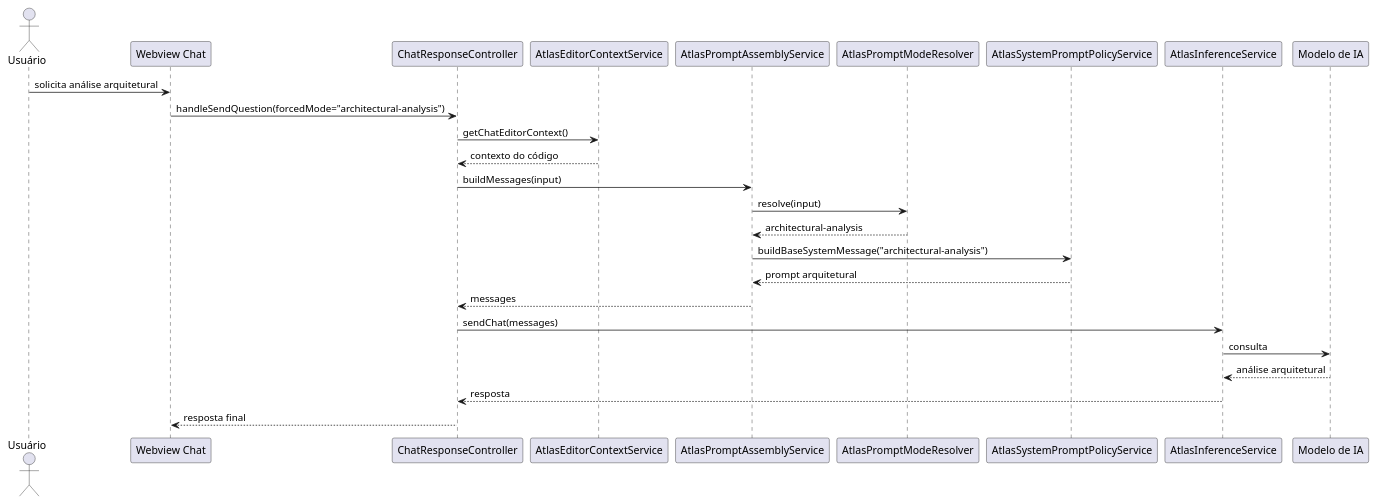
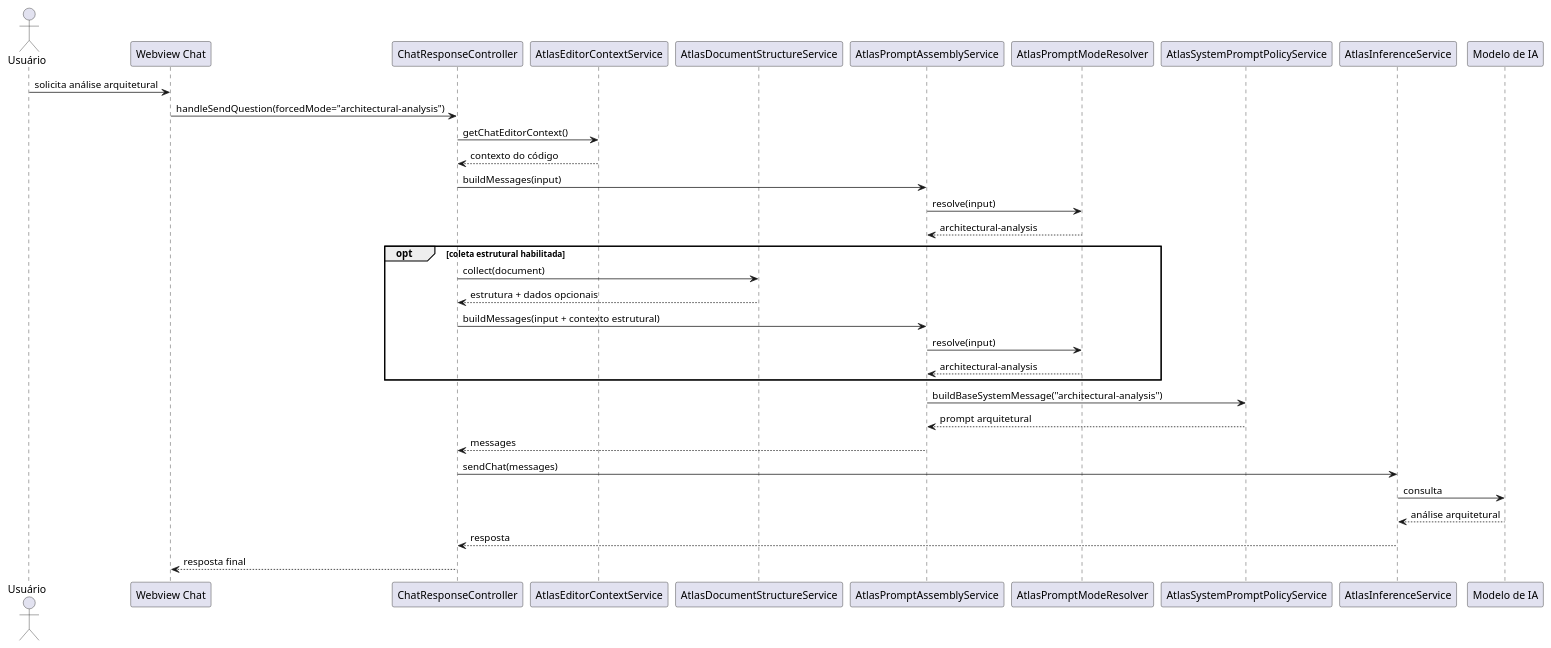
The sixth of 40 diagrams in docs/plantuml-diagramas-por-caso-de-uso-atlas.md (JVictorVI/ATLAS), drawn with PlantUML before and after one commit. The commit also changed other lines of this file and 2 other files, not shown here.

````diff
--- a/docs/plantuml-diagramas-por-caso-de-uso-atlas.md
+++ b/docs/plantuml-diagramas-por-caso-de-uso-atlas.md
@@ -224,30 +284,38 @@
 ```plantuml
 @startuml
 skinparam shadowing false
 actor Usuário
 participant "Webview Chat" as Webview
 participant ChatResponseController as Response
 participant AtlasEditorContextService as EditorContext
+participant AtlasDocumentStructureService as Structure
 participant AtlasPromptAssemblyService as Prompt
 participant AtlasPromptModeResolver as Resolver
 participant AtlasSystemPromptPolicyService as Policy
 participant AtlasInferenceService as Inference
 participant "Modelo de IA" as Model
 
 Usuário -> Webview : solicita análise arquitetural
 Webview -> Response : handleSendQuestion(forcedMode="architectural-analysis")
 Response -> EditorContext : getChatEditorContext()
 EditorContext --> Response : contexto do código
 Response -> Prompt : buildMessages(input)
 Prompt -> Resolver : resolve(input)
 Resolver --> Prompt : architectural-analysis
+opt coleta estrutural habilitada
+  Response -> Structure : collect(document)
+  Structure --> Response : estrutura + dados opcionais
+  Response -> Prompt : buildMessages(input + contexto estrutural)
+  Prompt -> Resolver : resolve(input)
+  Resolver --> Prompt : architectural-analysis
+end
 Prompt -> Policy : buildBaseSystemMessage("architectural-analysis")
 Policy --> Prompt : prompt arquitetural
 Prompt --> Response : messages
 Response -> Inference : sendChat(messages)
 Inference -> Model : consulta
 Model --> Inference : análise arquitetural
 Inference --> Response : resposta
 Response --> Webview : resposta final
 @enduml
 ```
````
